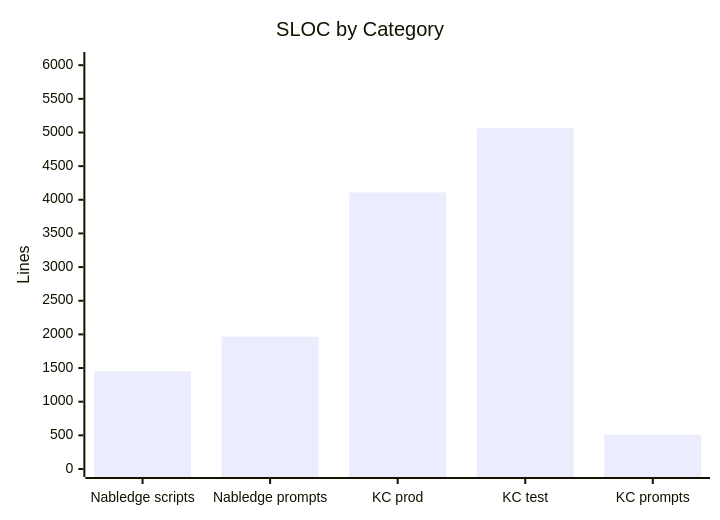
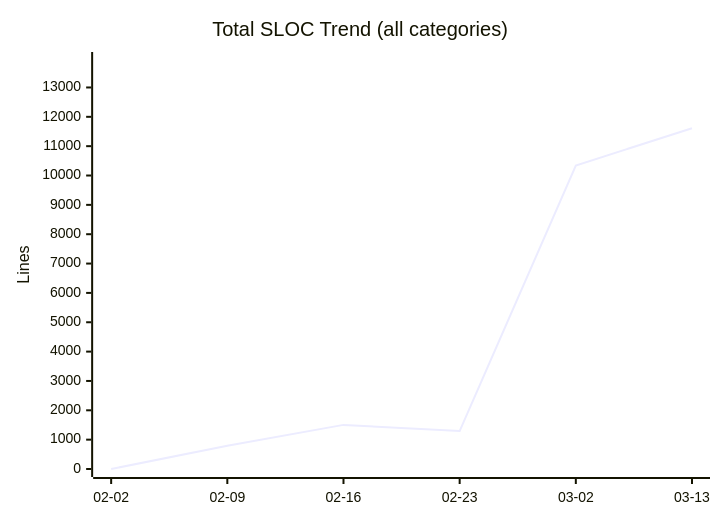
One commit to nablarch/nabledge-dev changed diagram 11 of 14 in docs/metrics.md. Above: the diagram before and after it, drawn with Mermaid. The commit also changed other lines of this file and 4 other files, not shown here.

First line of the commit message:
feat: overhaul metrics output with charts, fix SLOC to v6 only, add label guidelines

````diff
--- a/docs/metrics.md
+++ b/docs/metrics.md
@@ -118,7 +109,7 @@
 ```mermaid
 xychart-beta
-  title "SLOC by Category"
-  x-axis ["Nabledge scripts", "Nabledge prompts", "KC prod", "KC test", "KC prompts"]
-  y-axis "Lines" 0 --> 6077
-  bar [1452, 1966, 4109, 5064, 509]
+  title "Total SLOC Trend (all categories)"
+  x-axis ["02-02", "02-09", "02-16", "02-23", "03-02", "03-13"]
+  y-axis "Lines" 0 --> 13936
+  line [0, 789, 1503, 1293, 10339, 11613]
 ```
````
